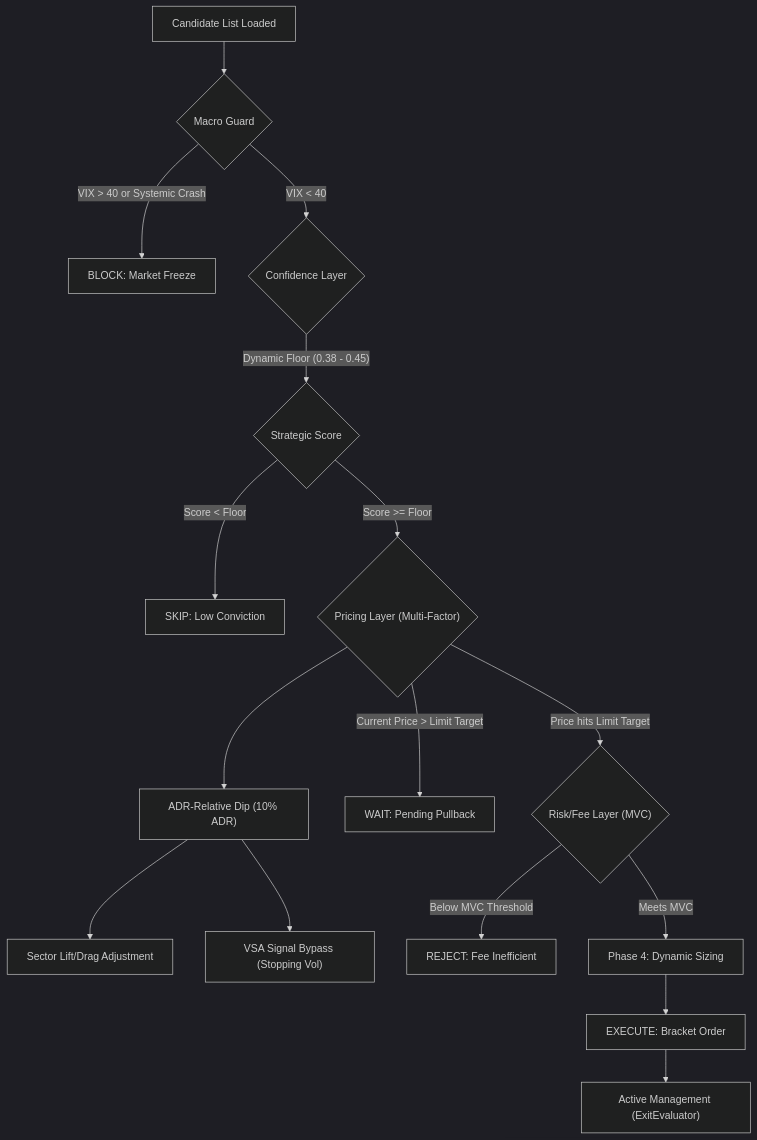
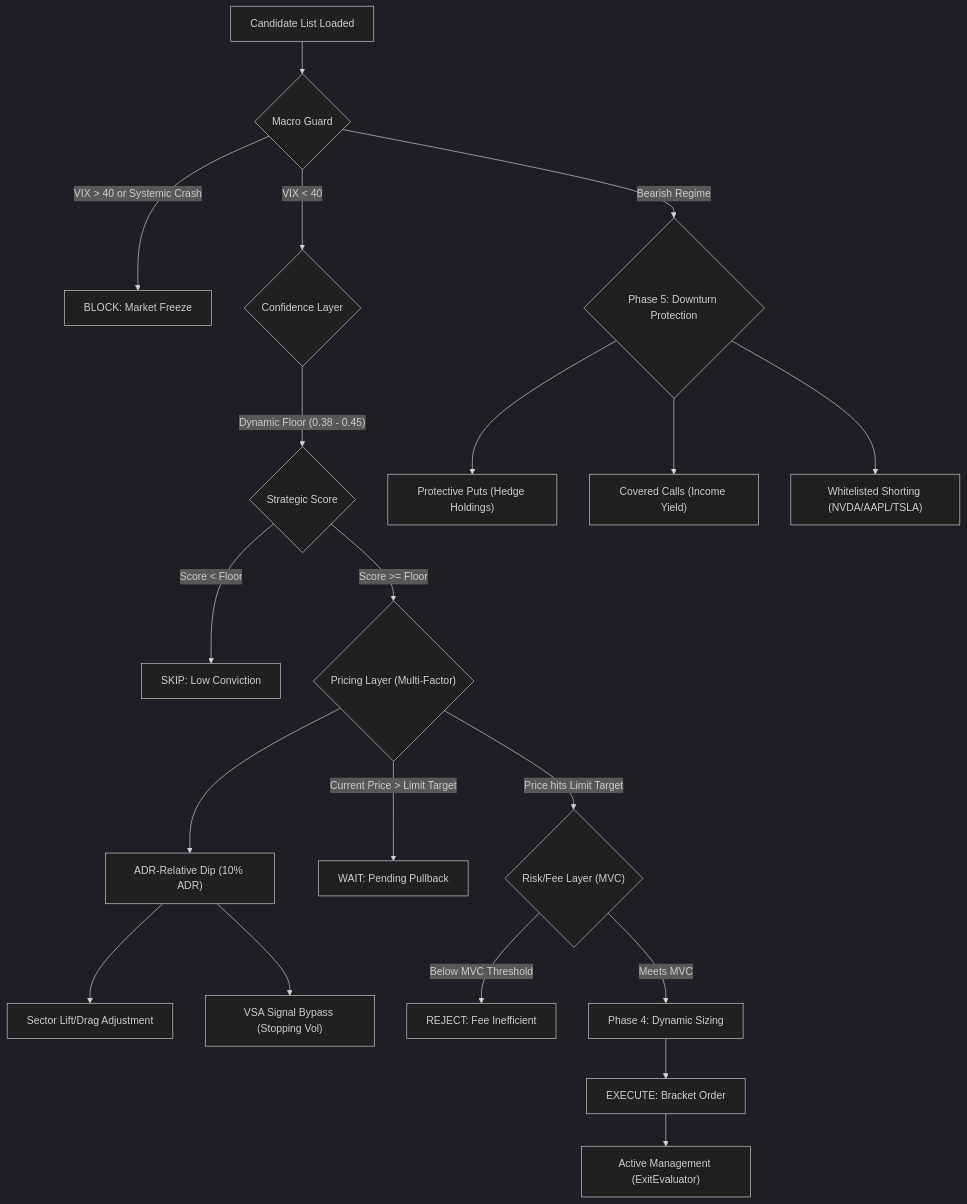
The diagram in docs/intelligence_flow.md (GFox1970/rsi-macd-portfolio), drawn with Mermaid (dark theme) before and after one commit. The commit also changed other lines of this file and 3 other files, not shown here.

Commit message:
Docs Sync: Replicating latest architectural updates from main repo

````diff
--- a/docs/intelligence_flow.md
+++ b/docs/intelligence_flow.md
@@ -23,23 +23,28 @@
 ```mermaid
 graph TD
     A["Candidate List Loaded"] --> B{"Macro Guard"}
     B -- "VIX > 40 or Systemic Crash" --> C["BLOCK: Market Freeze"]
     B -- "VIX < 40" --> D{"Confidence Layer"}
     
     D -- "Dynamic Floor (0.38 - 0.45)" --> E{"Strategic Score"}
     E -- "Score < Floor" --> F["SKIP: Low Conviction"]
     E -- "Score >= Floor" --> G{"Pricing Layer (Multi-Factor)"}
     
     G --> G1["ADR-Relative Dip (10% ADR)"]
     G1 --> G2["Sector Lift/Drag Adjustment"]
     G1 --> G3["VSA Signal Bypass (Stopping Vol)"]
     
     G -- "Current Price > Limit Target" --> H["WAIT: Pending Pullback"]
     G -- "Price hits Limit Target" --> I{"Risk/Fee Layer (MVC)"}
     
     I -- "Below MVC Threshold" --> J["REJECT: Fee Inefficient"]
     I -- "Meets MVC" --> K["Phase 4: Dynamic Sizing"]
     
     K --> L["EXECUTE: Bracket Order"]
     L --> M["Active Management (ExitEvaluator)"]
+    
+    B -- "Bearish Regime" --> N{"Phase 5: Downturn Protection"}
+    N --> N1["Protective Puts (Hedge Holdings)"]
+    N --> N2["Covered Calls (Income Yield)"]
+    N --> N3["Whitelisted Shorting (NVDA/AAPL/TSLA)"]
 ```
````
